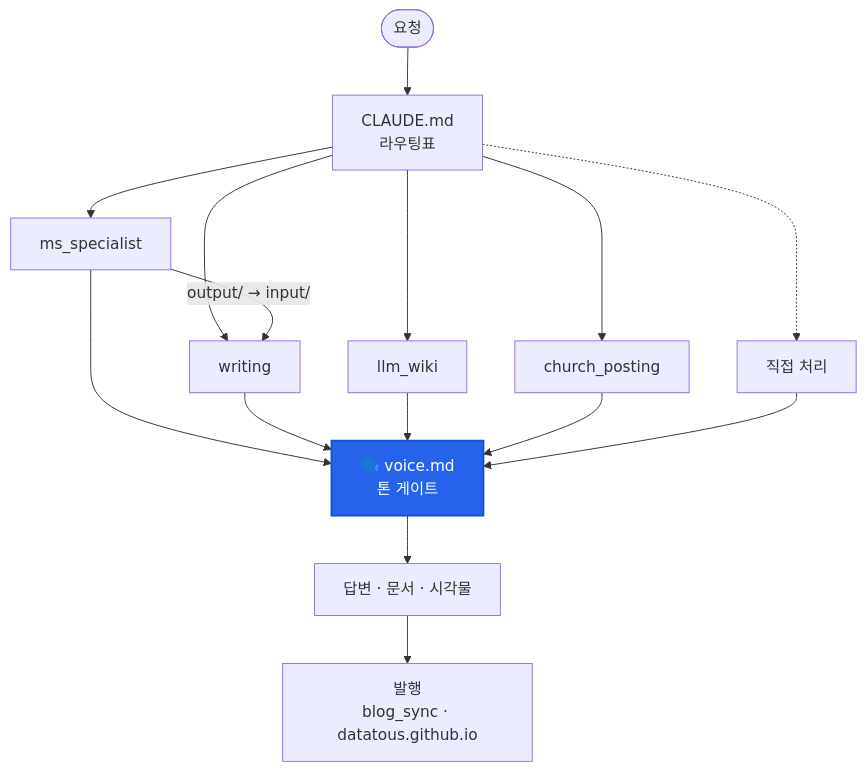
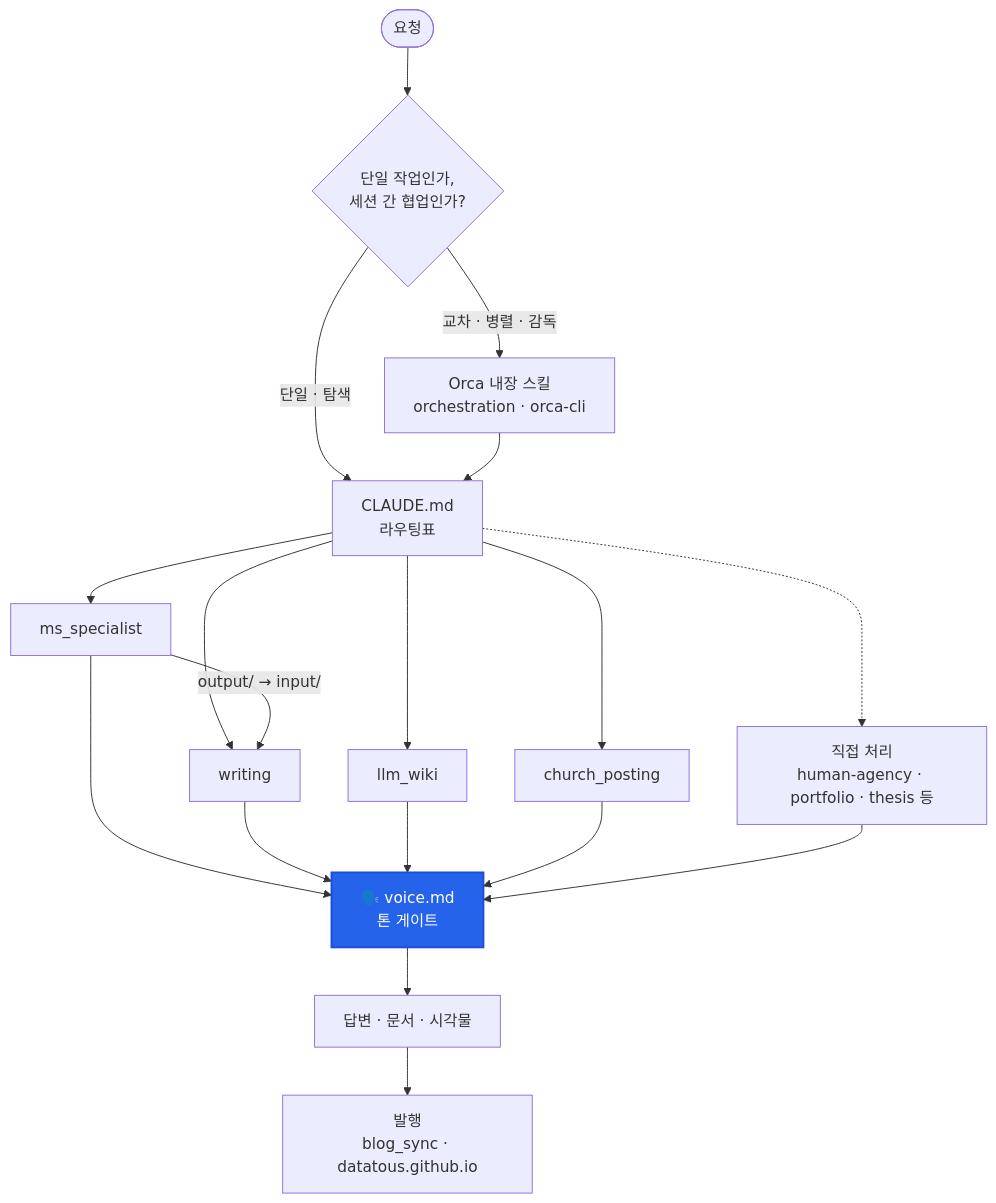
The diagram in _wiki/entity-henry-agentic-system.md (datatous/datatous.github.io), drawn with Mermaid before and after one commit. The commit also changed other lines of this file, not shown here.

````diff
--- a/_wiki/entity-henry-agentic-system.md
+++ b/_wiki/entity-henry-agentic-system.md
@@ -29,19 +29,22 @@
 ```mermaid
 flowchart TD
-  R([요청]) --> T["CLAUDE.md<br/>라우팅표"]
+  R([요청]) --> S{"단일 작업인가,<br/>세션 간 협업인가?"}
+  S -- "단일 · 탐색" --> T["CLAUDE.md<br/>라우팅표"]
+  S -- "교차 · 병렬 · 감독" --> ORCA["Orca 내장 스킬<br/>orchestration · orca-cli"]
+  ORCA --> T
   T --> A["ms_specialist"]
   T --> B["writing"]
   T --> C["llm_wiki"]
   T --> D["church_posting"]
-  T -.-> E["직접 처리"]
+  T -.-> E["직접 처리<br/>human-agency · portfolio · thesis 등"]
   A -- "output/ → input/" --> B
   A --> V["🗣️ voice.md<br/>톤 게이트"]
   B --> V
   C --> V
   D --> V
   E --> V
   V --> O["답변 · 문서 · 시각물"]
   O --> P["발행<br/>blog_sync · datatous.github.io"]
   classDef gate fill:#2563eb,color:#ffffff,stroke:#1d4ed8,stroke-width:2px;
   class V gate;
 ```
````
